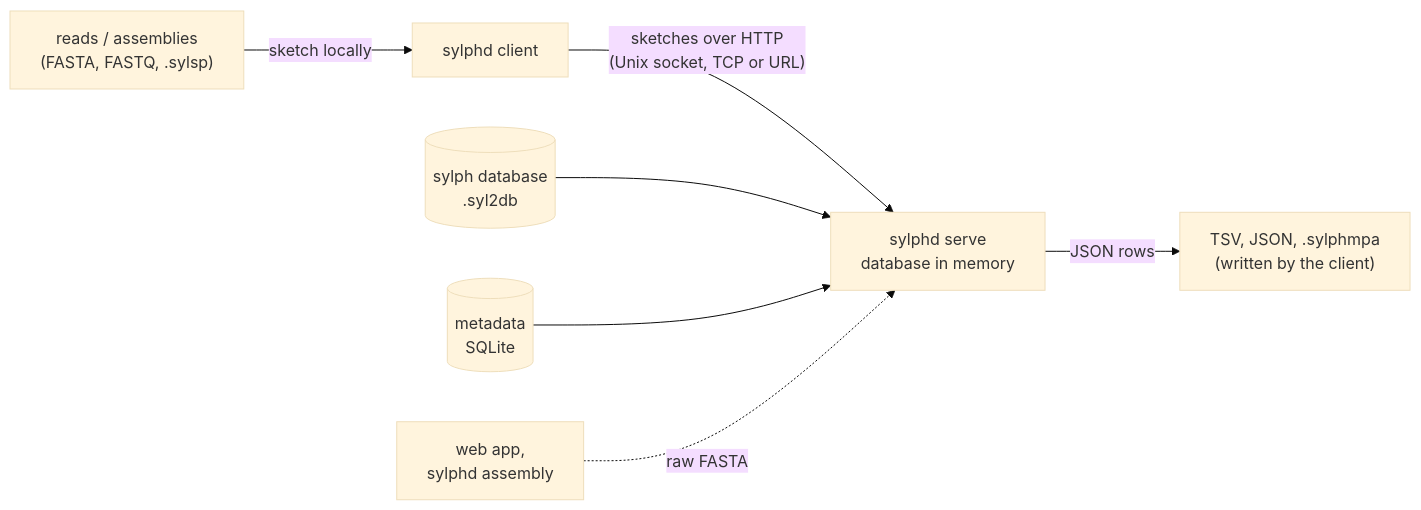
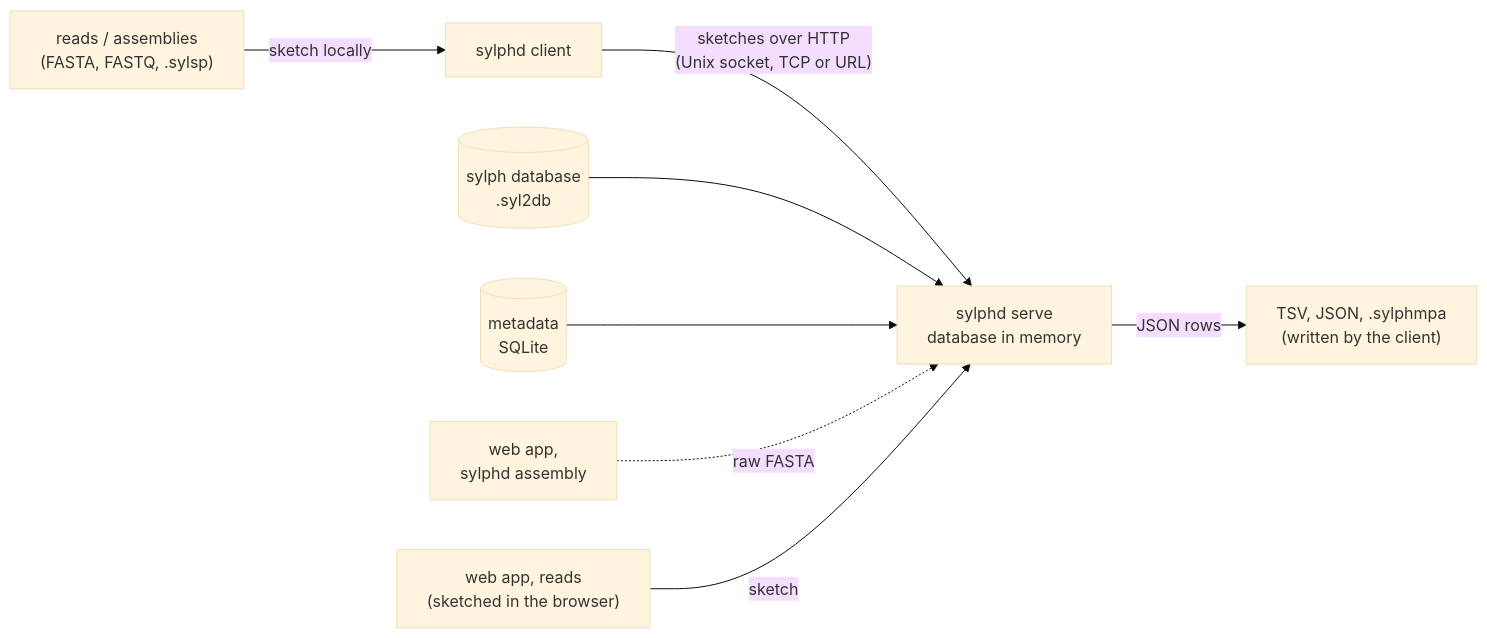
Before and after one commit to Abrinca/sylphd: the diagram in docs/index.md, drawn with Mermaid (base theme). The commit also changed other lines of this file and 7 other files, not shown here.

Commit message:
docs, terms, changelog: profiling reads in the browser; privacy text per mode

````diff
--- a/docs/index.md
+++ b/docs/index.md
@@ -22,9 +23,10 @@
 ```mermaid
 flowchart LR
     R["reads / assemblies<br/>(FASTA, FASTQ, .sylsp)"] -->|"sketch locally"| C["sylphd client"]
     C -->|"sketches over HTTP<br/>(Unix socket, TCP or URL)"| S["sylphd serve<br/>database in memory"]
     S -->|"JSON rows"| T["TSV, JSON, .sylphmpa<br/>(written by the client)"]
     DB[("sylph database<br/>.syl2db")] --> S
     MD[("metadata<br/>SQLite")] --> S
     W["web app,<br/>sylphd assembly"] -.->|"raw FASTA"| S
+    B["web app, reads<br/>(sketched in the browser)"] -->|"sketch"| S
 ```
````
